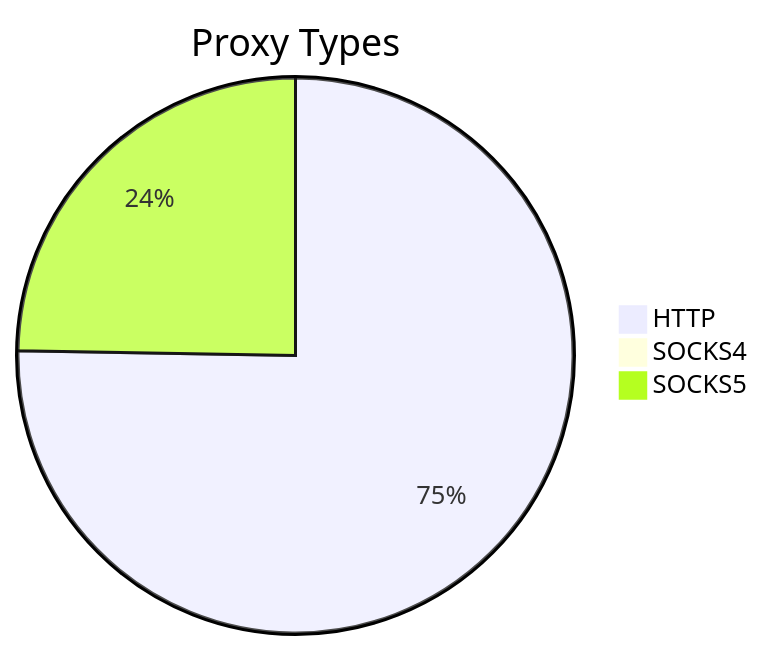
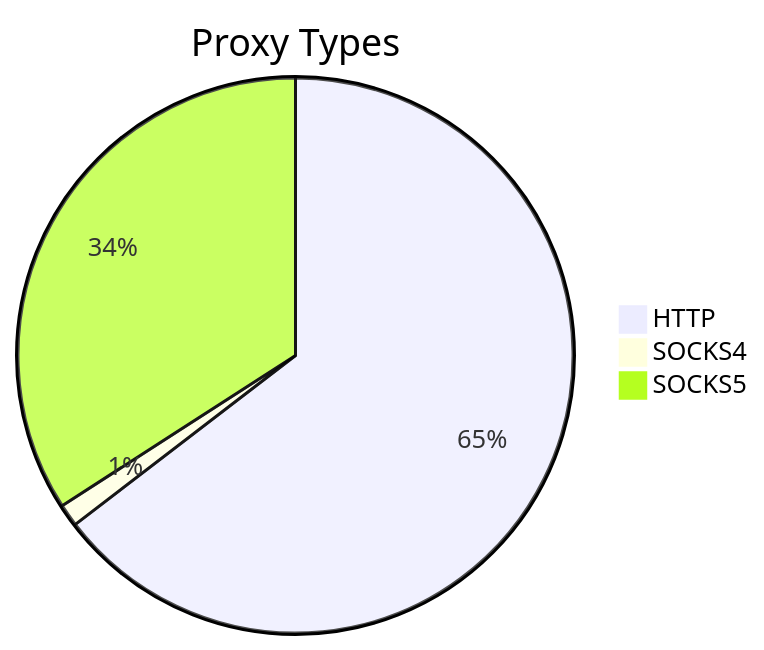
The first of 2 diagrams in README.md (stormsia/proxy-list), drawn with Mermaid before and after one commit. The commit also changed other lines of this file, not shown here.

````diff
--- a/README.md
+++ b/README.md
@@ -21,6 +21,6 @@
 ```mermaid
 pie title Proxy Types
-    "HTTP" : 1029
-    "SOCKS4" : 13
-    "SOCKS5" : 338
+    "HTTP" : 1375
+    "SOCKS4" : 28
+    "SOCKS5" : 726
 ```
````
